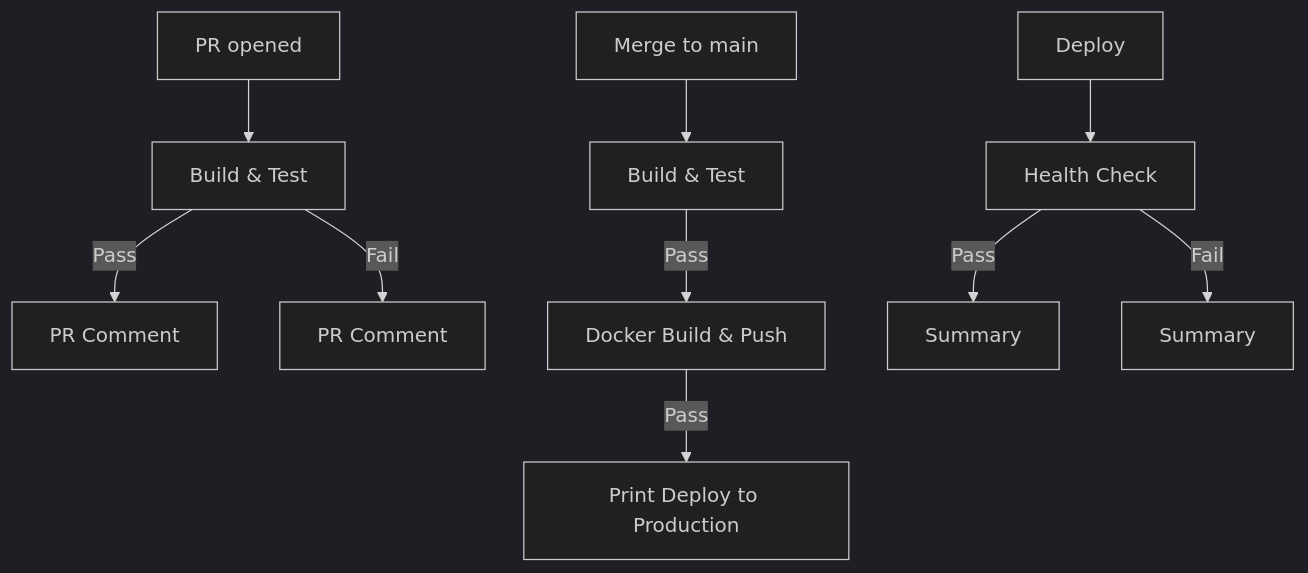
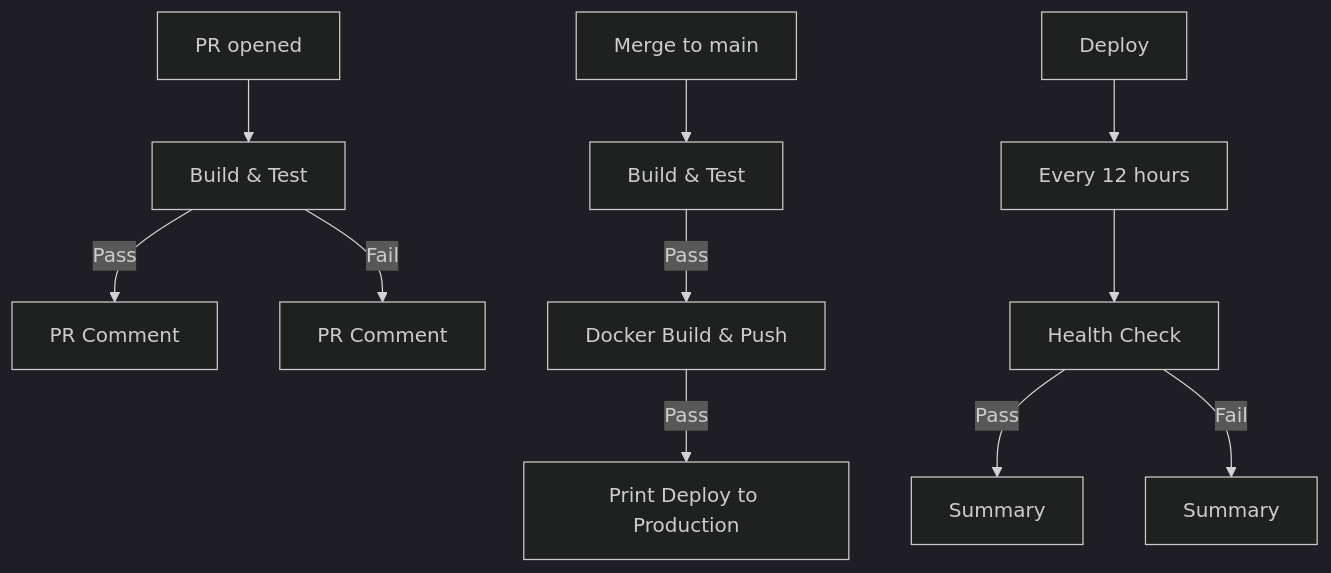
Before and after one commit to Afroz-J-Shaikh/github-actions-capstone: the diagram in README.md, drawn with Mermaid (dark theme).

````diff
--- a/README.md
+++ b/README.md
@@ -34,14 +34,15 @@
 ```mermaid
 graph TD
     A[PR opened] --> B[Build & Test]
     B -->|Pass| C[PR Comment]
     B -->|Fail| D[PR Comment]
     
     E[Merge to main] --> F[Build & Test]
     F -->|Pass| G[Docker Build & Push]
     G -->|Pass| H[Print Deploy to Production]
     
-    I[Deploy] --> J[Health Check]
-    J -->|Pass| K[Summary]
-    J -->|Fail| L[Summary]
+    I[Deploy] --> J[Every 12 hours]
+    J --> K[Health Check]
+    K -->|Pass| L[Summary]
+    K -->|Fail| M[Summary]
 ```
````
